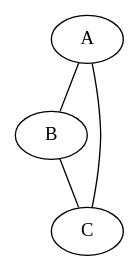
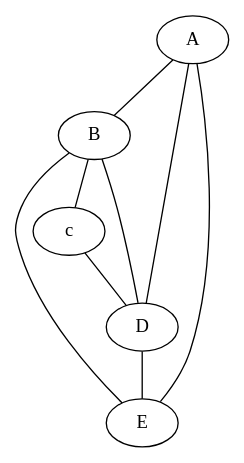
The diagram in euleriano.gv (VinceBenassi/BenassiF-Repositorio), drawn with Graphviz before and after one commit. The commit also changed 3 other files, not shown here.

```diff
--- a/euleriano.gv
+++ b/euleriano.gv
@@ -1,8 +1,18 @@
 graph G {
 	A
 	A -- B
 	B
-	B -- C
-	C
-	C -- A
+	B -- c
+	c
+	c -- D
+	D
+	D -- E
+	E
+	E -- B
+	B
+	B -- D
+	D
+	D -- A
+	A
+	A -- E
 }
```
